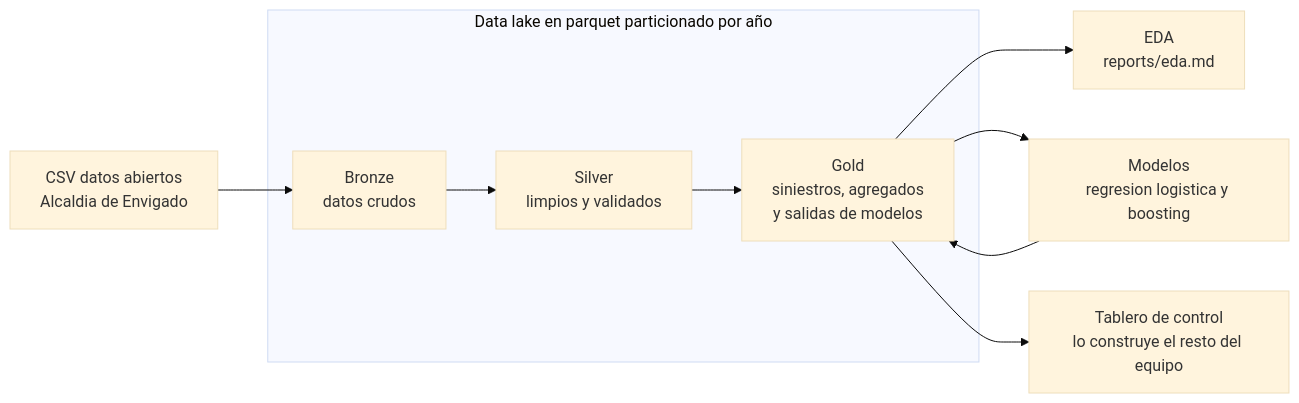
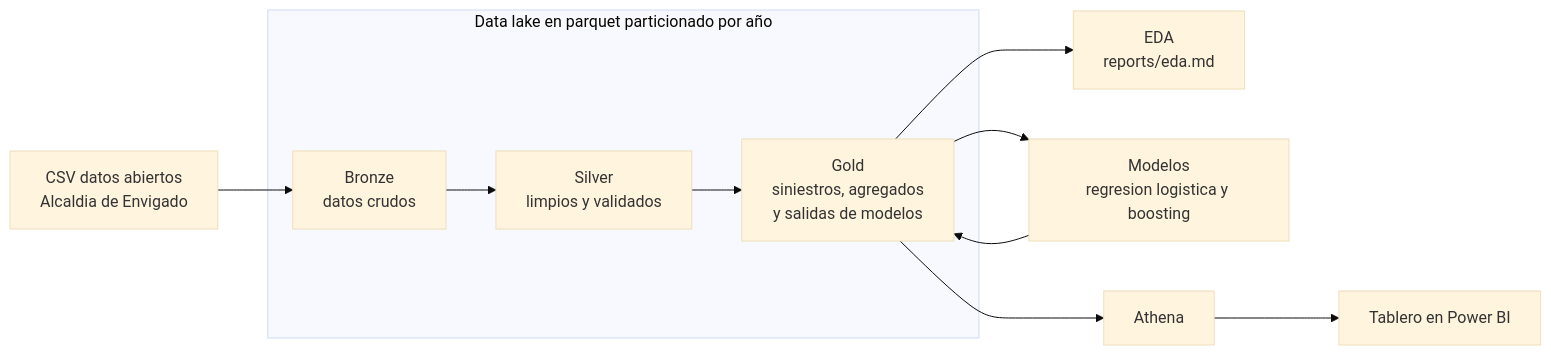
Before and after one commit to stufonn-cell/accidentes_project_for_data_science: the first of 3 diagrams in README.md, drawn with Mermaid (base theme). The commit also changed other lines of this file and 129 other files, not shown here.

````diff
--- a/README.md
+++ b/README.md
@@ -20,12 +21,12 @@
 ```mermaid
 flowchart LR
     fuente[CSV datos abiertos<br>Alcaldia de Envigado] --> bronze
     subgraph lago[Data lake en parquet particionado por año]
         bronze[Bronze<br>datos crudos] --> silver[Silver<br>limpios y validados]
         silver --> gold[Gold<br>siniestros, agregados<br>y salidas de modelos]
     end
     gold --> eda[EDA<br>reports/eda.md]
     gold --> modelos[Modelos<br>regresion logistica y boosting]
     modelos --> gold
-    gold --> tablero[Tablero de control<br>lo construye el resto del equipo]
+    gold --> athena[Athena] --> tablero[Tablero en Power BI]
 ```
````
